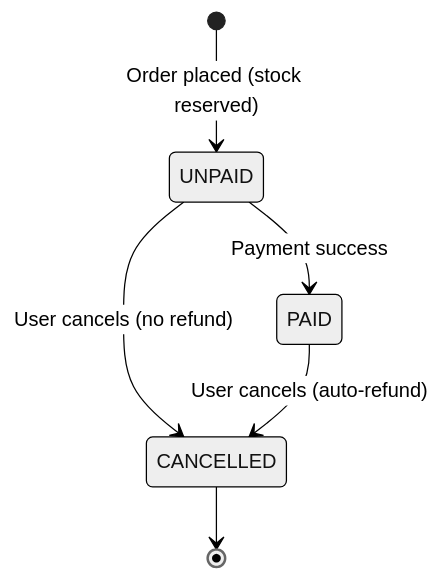
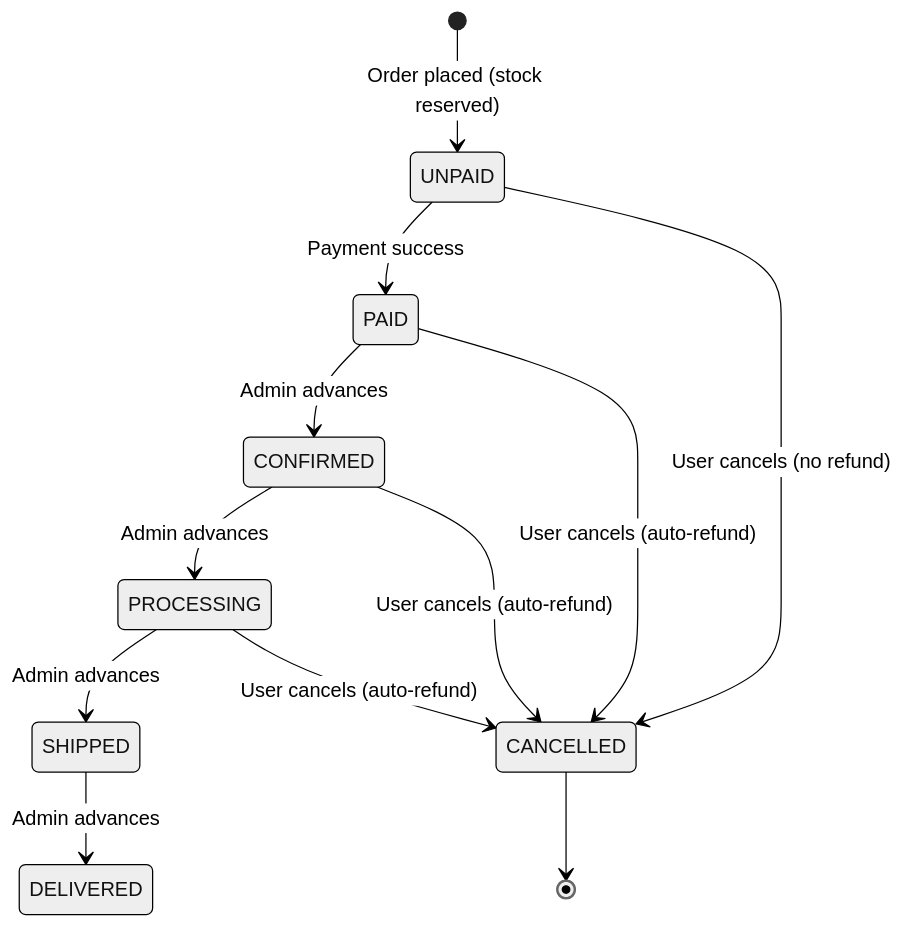
One commit to shubhamdagar9854/OrderPulse changed the eighth of 8 diagrams in README.md. Above: the diagram before and after it, drawn with Mermaid (neutral theme). The commit also changed other lines of this file and 55 other files, not shown here.

````diff
--- a/README.md
+++ b/README.md
@@ -257,8 +261,14 @@
 ```mermaid
 stateDiagram-v2
     [*] --> UNPAID: Order placed (stock reserved)
     UNPAID --> PAID: Payment success
     UNPAID --> CANCELLED: User cancels (no refund)
+    PAID --> CONFIRMED: Admin advances
+    CONFIRMED --> PROCESSING: Admin advances
+    PROCESSING --> SHIPPED: Admin advances
+    SHIPPED --> DELIVERED: Admin advances
     PAID --> CANCELLED: User cancels (auto-refund)
+    CONFIRMED --> CANCELLED: User cancels (auto-refund)
+    PROCESSING --> CANCELLED: User cancels (auto-refund)
     CANCELLED --> [*]
 ```
````
